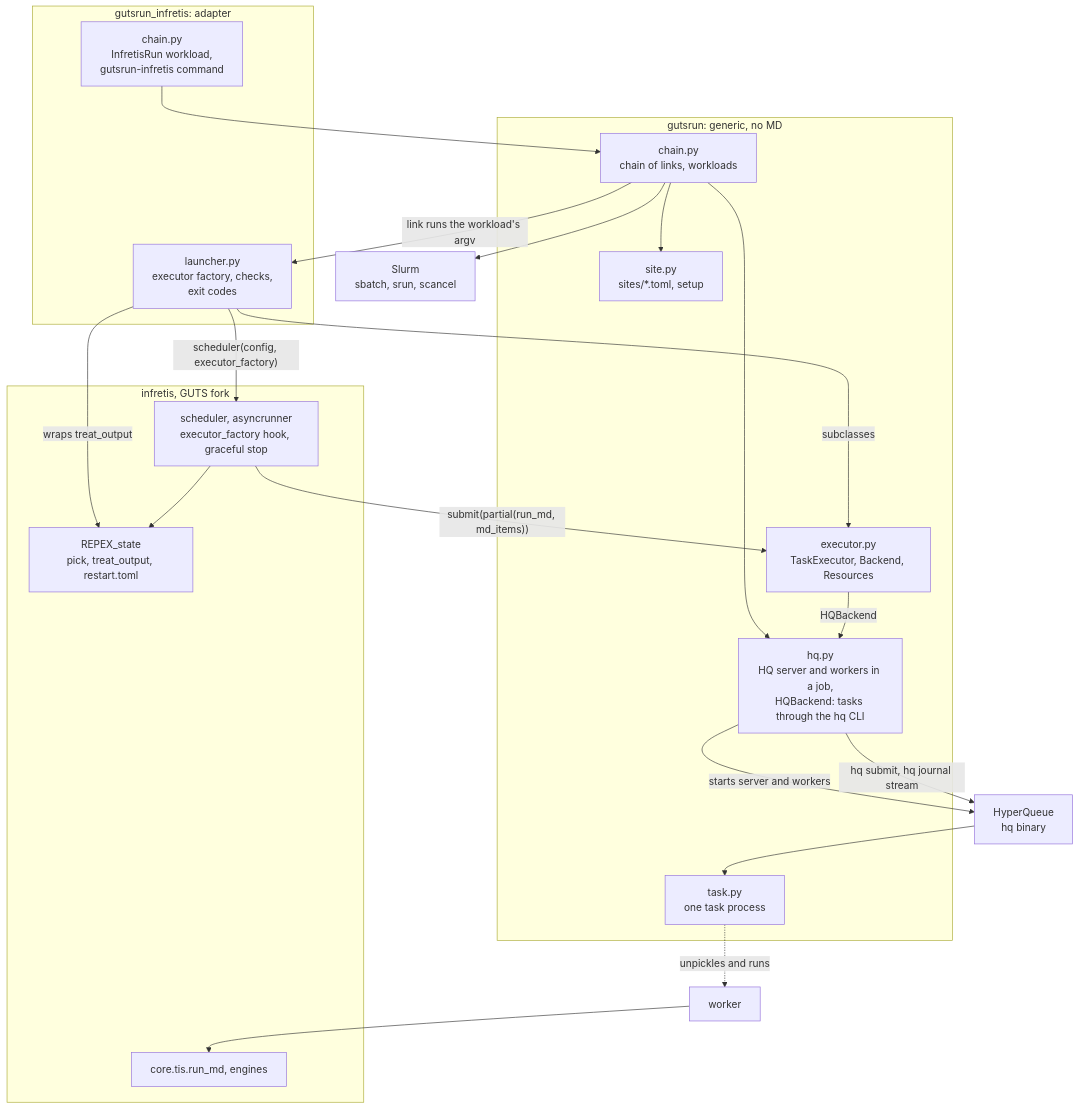
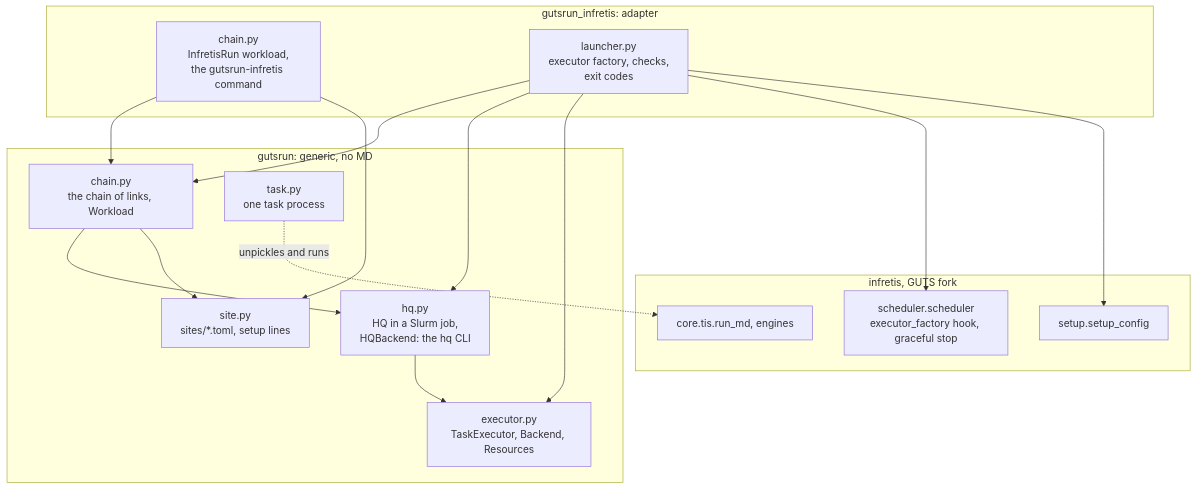
The second of 3 diagrams in DEVELOPMENT.md (GUTSframework/infretis_hyperqueue), drawn with Mermaid before and after one commit. The commit also changed other lines of this file, not shown here.

First line of the commit message:
DEVELOPMENT.md: redraw the charts

````diff
--- a/DEVELOPMENT.md
+++ b/DEVELOPMENT.md
@@ -78,38 +85,26 @@
 ```mermaid
 flowchart TB
     subgraph adapter["gutsrun_infretis: adapter"]
-        ichain["chain.py<br/>InfretisRun workload,<br/>gutsrun-infretis command"]
+        ichain["chain.py<br/>InfretisRun workload,<br/>the gutsrun-infretis command"]
         launcher["launcher.py<br/>executor factory, checks,<br/>exit codes"]
     end
     subgraph generic["gutsrun: generic, no MD"]
-        gchain["chain.py<br/>chain of links, workloads"]
-        ghq["hq.py<br/>HQ server and workers in a job,<br/>HQBackend: tasks through the hq CLI"]
-        gsite["site.py<br/>sites/*.toml, setup"]
+        gchain["chain.py<br/>the chain of links, Workload"]
+        gsite["site.py<br/>sites/*.toml, setup lines"]
+        ghq["hq.py<br/>HQ in a Slurm job,<br/>HQBackend: the hq CLI"]
         executor["executor.py<br/>TaskExecutor, Backend, Resources"]
         task["task.py<br/>one task process"]
     end
     subgraph infretis["infretis, GUTS fork"]
-        sched["scheduler, asyncrunner<br/>executor_factory hook, graceful stop"]
-        repex["REPEX_state<br/>pick, treat_output, restart.toml"]
-        engines["core.tis.run_md, engines"]
+        sched["scheduler.scheduler<br/>executor_factory hook, graceful stop"]
+        setup["setup.setup_config"]
+        runmd["core.tis.run_md, engines"]
     end
-    hq["HyperQueue<br/>hq binary"]
-    sl["Slurm<br/>sbatch, srun, scancel"]
 
-    ichain --> gchain
-    gchain --> gsite
-    gchain --> ghq
-    gchain --> sl
-    ghq -- "starts server and workers" --> hq
-    gchain -- "link runs the workload's argv" --> launcher
-    launcher -- "scheduler(config, executor_factory)" --> sched
-    launcher -- "wraps treat_output" --> repex
-    launcher -- "subclasses" --> executor
-    sched --> repex
-    sched -- "submit(partial(run_md, md_items))" --> executor
-    executor -- "HQBackend" --> ghq
-    ghq -- "hq submit, hq journal stream" --> hq
-    hq --> task
-    task -. "unpickles and runs" .-> worker
-    worker --> engines
+    ichain --> gchain & gsite
+    launcher --> gchain & ghq & executor
+    launcher --> sched & setup
+    gchain --> ghq & gsite
+    ghq --> executor
+    task -. "unpickles and runs" .-> runmd
 ```
````
